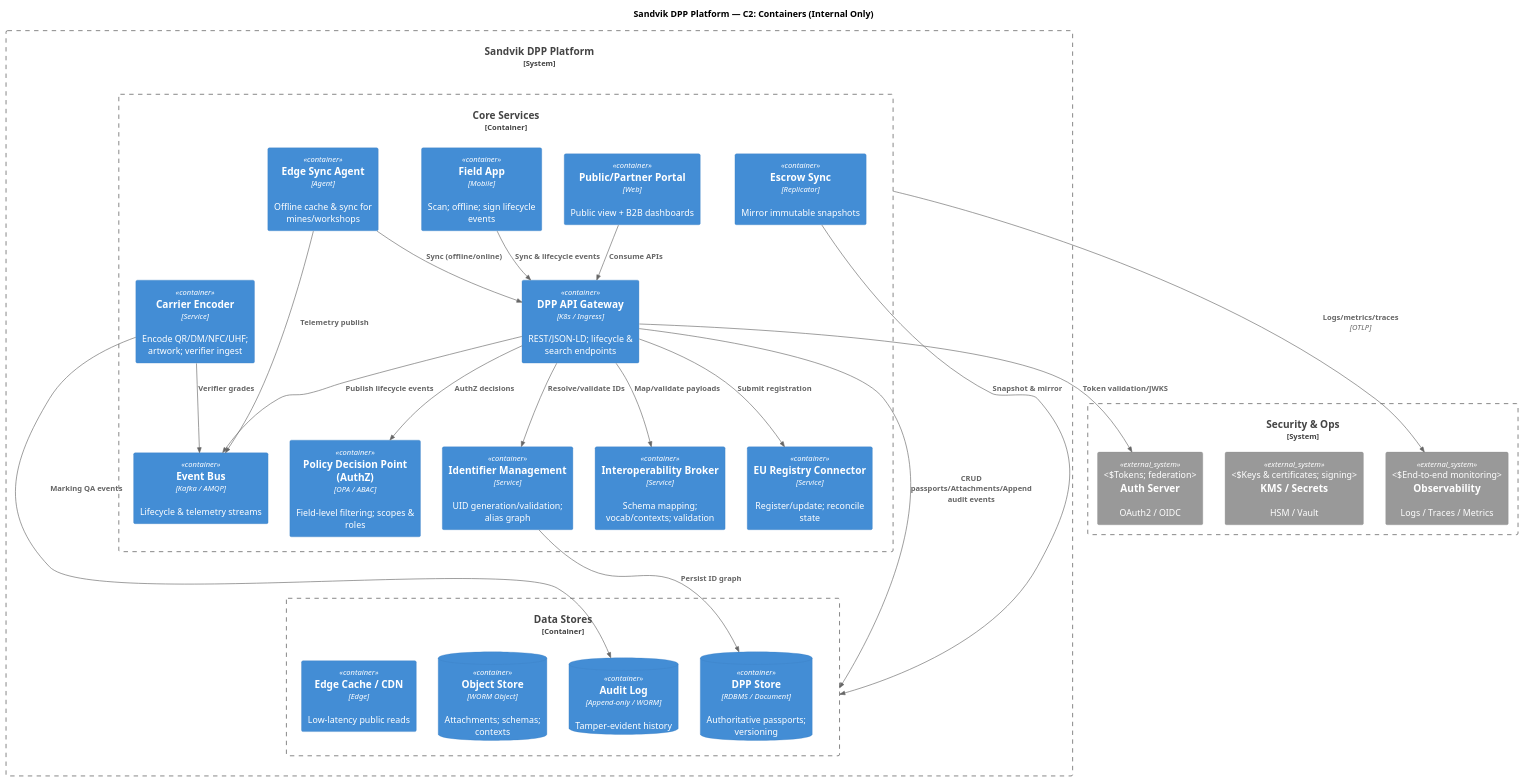
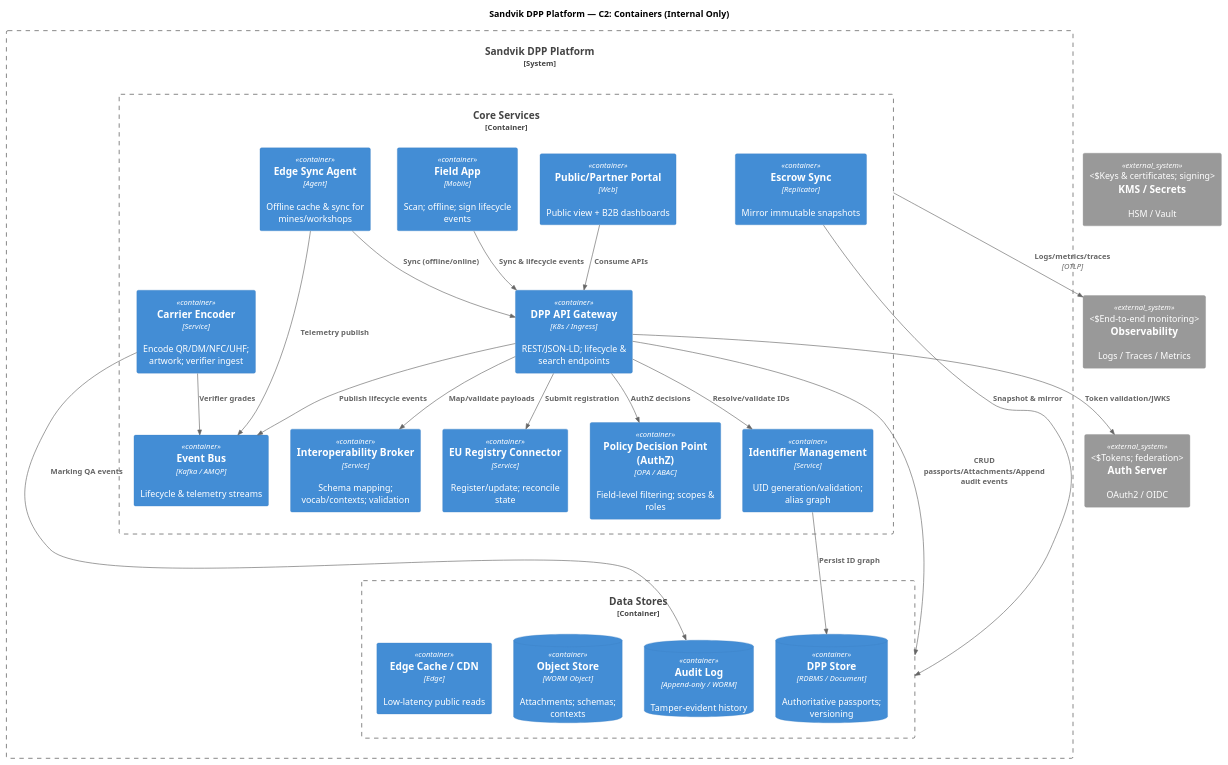
One commit to mfhens/dpp changed the first of 5 diagrams in C4 - Container.wsd. Above: the diagram before and after it, drawn with PlantUML.

Commit message:
Update C4 - Container.wsd

```diff
--- a/C4 - Container.wsd
+++ b/C4 - Container.wsd
@@ -1,59 +1,57 @@
 @startuml
 !includeurl https://raw.githubusercontent.com/plantuml-stdlib/C4-PlantUML/master/C4_Container.puml
 
 ' C2: Internal containers only (no externals)
 LAYOUT_TOP_DOWN()
 TITLE "Sandvik DPP Platform — C2: Containers (Internal Only)"
 
-System_Boundary(secops, "Security & Ops") {
   System_Ext(idp, "Auth Server", "OAuth2 / OIDC", "Tokens; federation")
   System_Ext(vault, "KMS / Secrets", "HSM / Vault", "Keys & certificates; signing")
   System_Ext(obs, "Observability", "Logs / Traces / Metrics", "End-to-end monitoring")
-}
 
 System_Boundary(sandvik, "Sandvik DPP Platform") {
   ' --- Row 1: Core services ---
   together {
     Container_Boundary(core, "Core Services") {
       Container(api, "DPP API Gateway", "K8s / Ingress", "REST/JSON-LD; lifecycle & search endpoints")
       Container(pdp, "Policy Decision Point (AuthZ)", "OPA / ABAC", "Field-level filtering; scopes & roles")
       Container(uid, "Identifier Management", "Service", "UID generation/validation; alias graph")
       Container(interop, "Interoperability Broker", "Service", "Schema mapping; vocab/contexts; validation")
       Container(regsync, "EU Registry Connector", "Service", "Register/update; reconcile state")
       Container(carrier, "Carrier Encoder", "Service", "Encode QR/DM/NFC/UHF; artwork; verifier ingest")
       Container(edge, "Edge Sync Agent", "Agent", "Offline cache & sync for mines/workshops")
       Container(portal, "Public/Partner Portal", "Web", "Public view + B2B dashboards")
       Container(mobile, "Field App", "Mobile", "Scan; offline; sign lifecycle events")
       Container(eventbus, "Event Bus", "Kafka / AMQP", "Lifecycle & telemetry streams")
       Container(backup, "Escrow Sync", "Replicator", "Mirror immutable snapshots")
     }
   }
 
   ' --- Row 2: Data + SecOps under Core ---
   Container_Boundary(data, "Data Stores") {
     ContainerDb(dppdb, "DPP Store", "RDBMS / Document", "Authoritative passports; versioning")
     ContainerDb(audit, "Audit Log", "Append-only / WORM", "Tamper-evident history")
     ContainerDb(obj, "Object Store", "WORM Object", "Attachments; schemas; contexts")
     Container(cdn, "Edge Cache / CDN", "Edge", "Low-latency public reads")
   }
 }
 
 ' Internal relationships only
 Rel(portal, api, "Consume APIs")
 Rel(mobile, api, "Sync & lifecycle events")
 Rel(edge, api, "Sync (offline/online)")
 Rel(edge, eventbus, "Telemetry publish")
 Rel(api, pdp, "AuthZ decisions")
 Rel(api, uid, "Resolve/validate IDs")
 Rel(api, interop, "Map/validate payloads")
 Rel(api, data, "CRUD passports/Attachments/Append audit events")
 Rel(api, eventbus, "Publish lifecycle events")
 Rel(api, regsync, "Submit registration")
 Rel(carrier, audit, "Marking QA events")
 Rel(carrier, eventbus, "Verifier grades")
 Rel(uid, dppdb, "Persist ID graph")
 Rel(backup, data, "Snapshot & mirror")
 Rel(api, idp, "Token validation/JWKS")
 Rel(core, obs, "Logs/metrics/traces", "OTLP")
 
 @enduml
```
